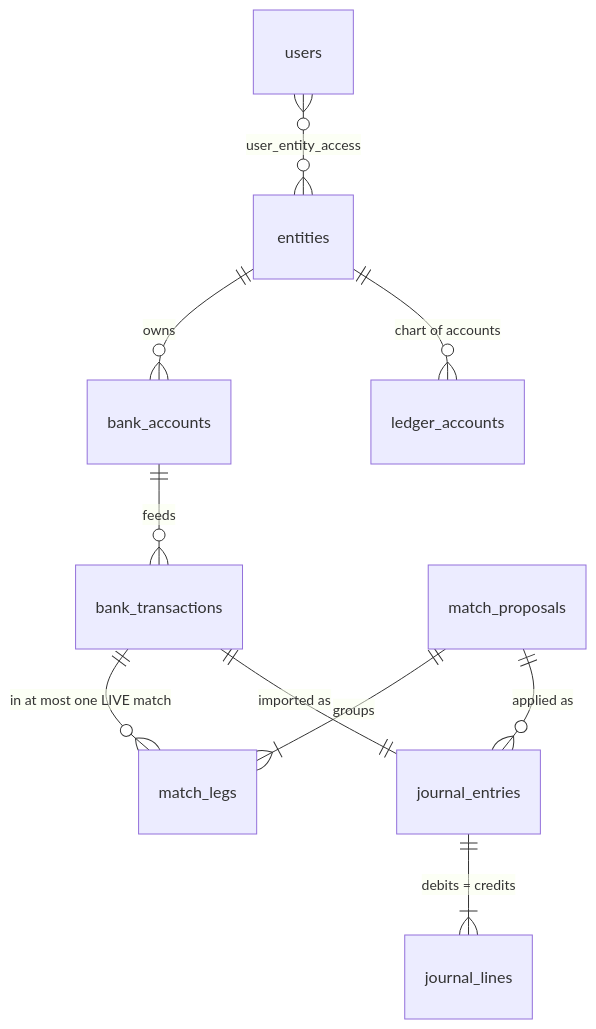
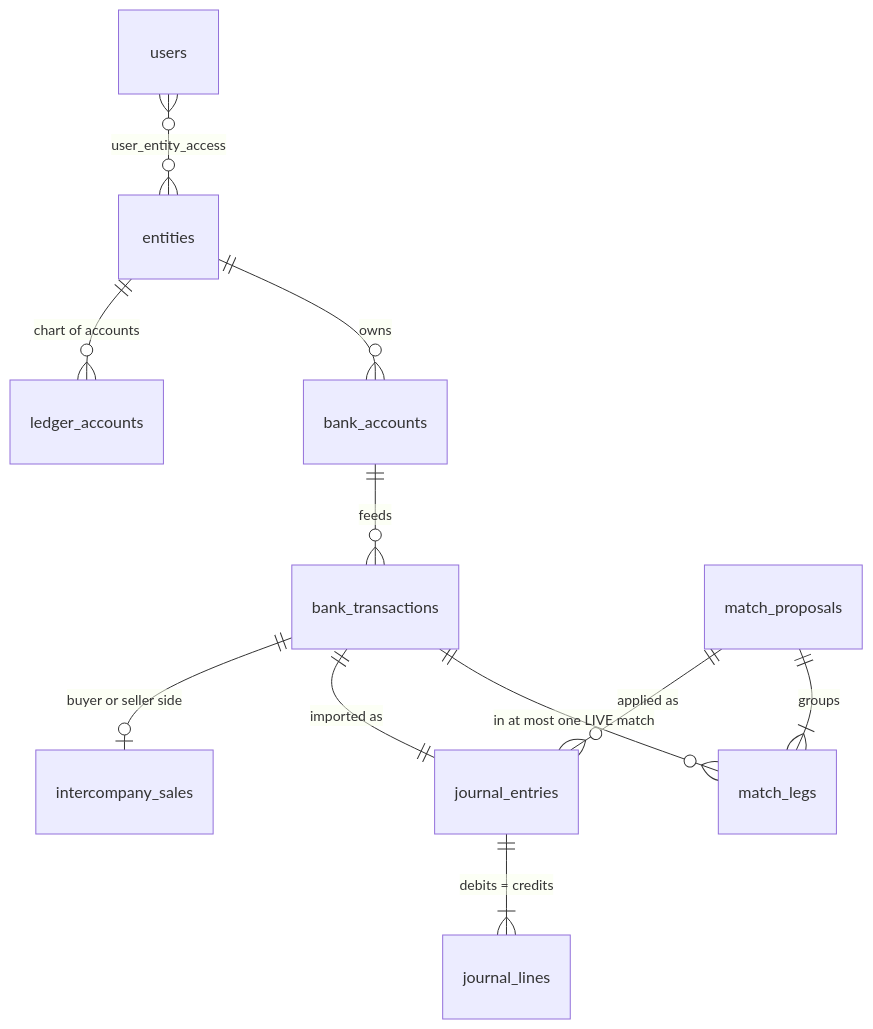
One commit to miscreantmoogly/transfer-matcher changed the third of 3 diagrams in README.md. Above: the diagram before and after it, drawn with Mermaid. The commit also changed other lines of this file and 15 other files, not shown here.

````diff
--- a/README.md
+++ b/README.md
@@ -181,12 +237,13 @@
 ```mermaid
 erDiagram
     entities ||--o{ bank_accounts : owns
     entities ||--o{ ledger_accounts : "chart of accounts"
     bank_accounts ||--o{ bank_transactions : feeds
     bank_transactions ||--o{ match_legs : "in at most one LIVE match"
     match_proposals ||--|{ match_legs : groups
     match_proposals ||--o{ journal_entries : "applied as"
     bank_transactions ||--|| journal_entries : "imported as"
     journal_entries ||--|{ journal_lines : "debits = credits"
     users }o--o{ entities : "user_entity_access"
+    bank_transactions ||--o| intercompany_sales : "buyer or seller side"
 ```
````
